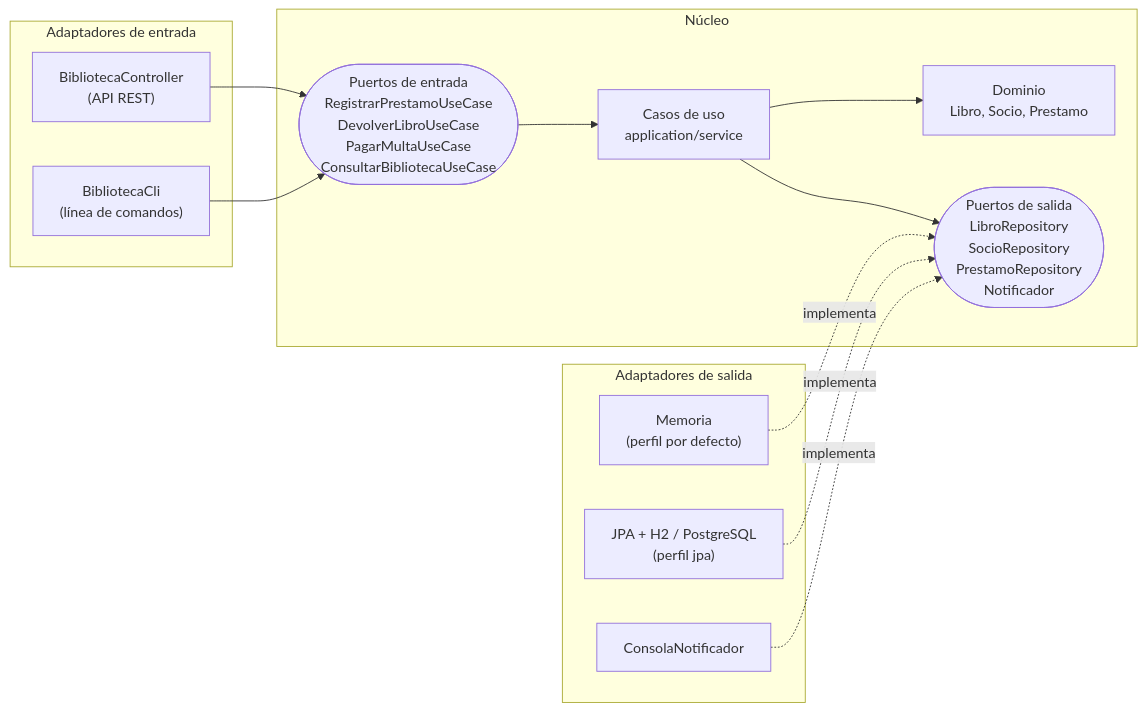
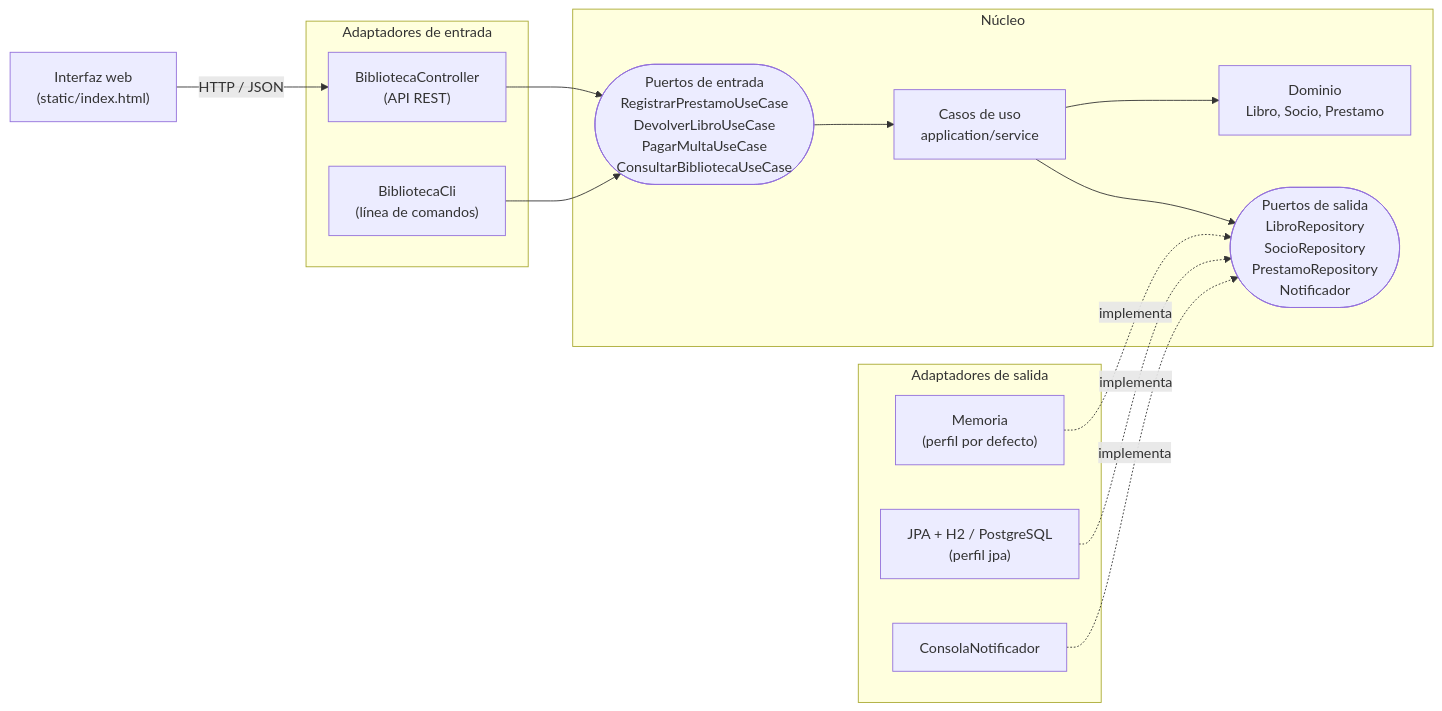
One commit to fabio2152/biblioteca-hexagonal changed the diagram in README.md. Above: the diagram before and after it, drawn with Mermaid. The commit also changed other lines of this file and 1 other file, not shown here.

First line of the commit message:
Agrega interfaz web como cliente de la API REST

````diff
--- a/README.md
+++ b/README.md
@@ -21,25 +21,27 @@
 ```mermaid
 flowchart LR
+    WEB["Interfaz web<br/>(static/index.html)"]
     subgraph ENT["Adaptadores de entrada"]
         REST["BibliotecaController<br/>(API REST)"]
         CLI["BibliotecaCli<br/>(línea de comandos)"]
     end
     subgraph NUC["Núcleo"]
         PE(["Puertos de entrada<br/>RegistrarPrestamoUseCase<br/>DevolverLibroUseCase<br/>PagarMultaUseCase<br/>ConsultarBibliotecaUseCase"])
         APP["Casos de uso<br/>application/service"]
         DOM["Dominio<br/>Libro, Socio, Prestamo"]
         PS(["Puertos de salida<br/>LibroRepository<br/>SocioRepository<br/>PrestamoRepository<br/>Notificador"])
         PE --> APP --> DOM
         APP --> PS
     end
     subgraph SAL["Adaptadores de salida"]
         MEM["Memoria<br/>(perfil por defecto)"]
         JPA["JPA + H2 / PostgreSQL<br/>(perfil jpa)"]
         LOG["ConsolaNotificador"]
     end
+    WEB -- "HTTP / JSON" --> REST
     REST --> PE
     CLI --> PE
     MEM -. implementa .-> PS
     JPA -. implementa .-> PS
     LOG -. implementa .-> PS
 ```
````
